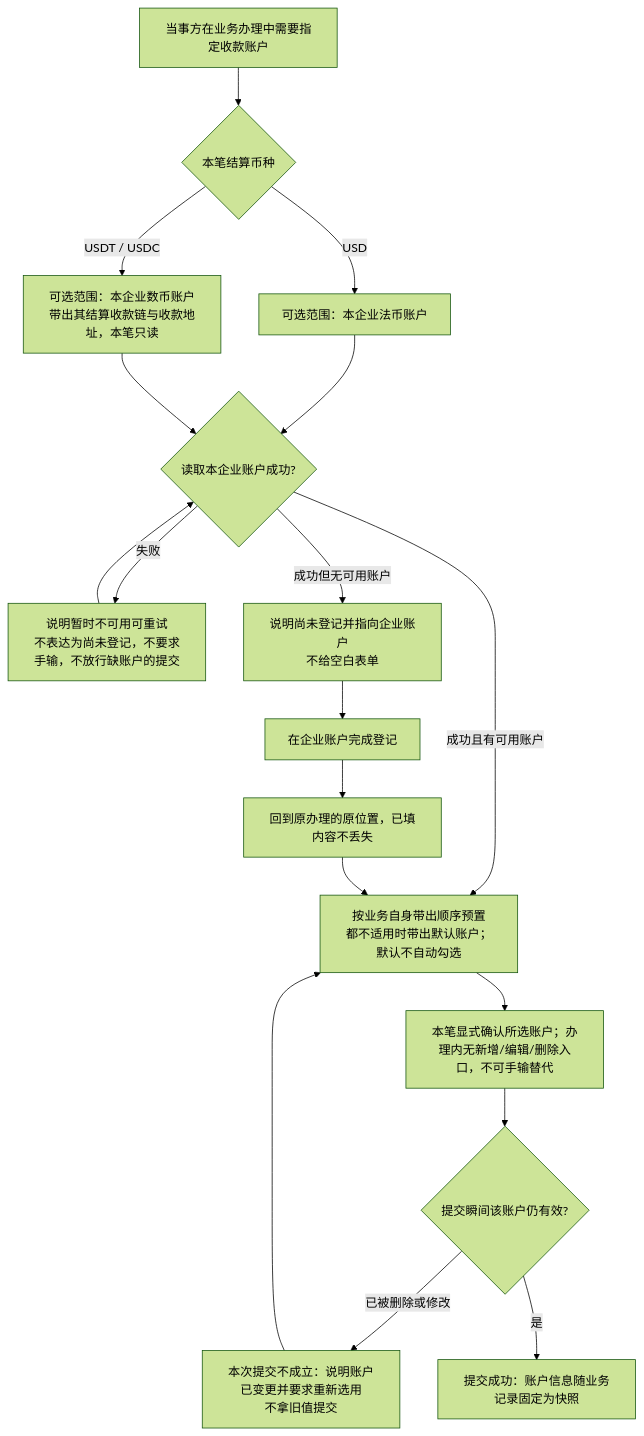
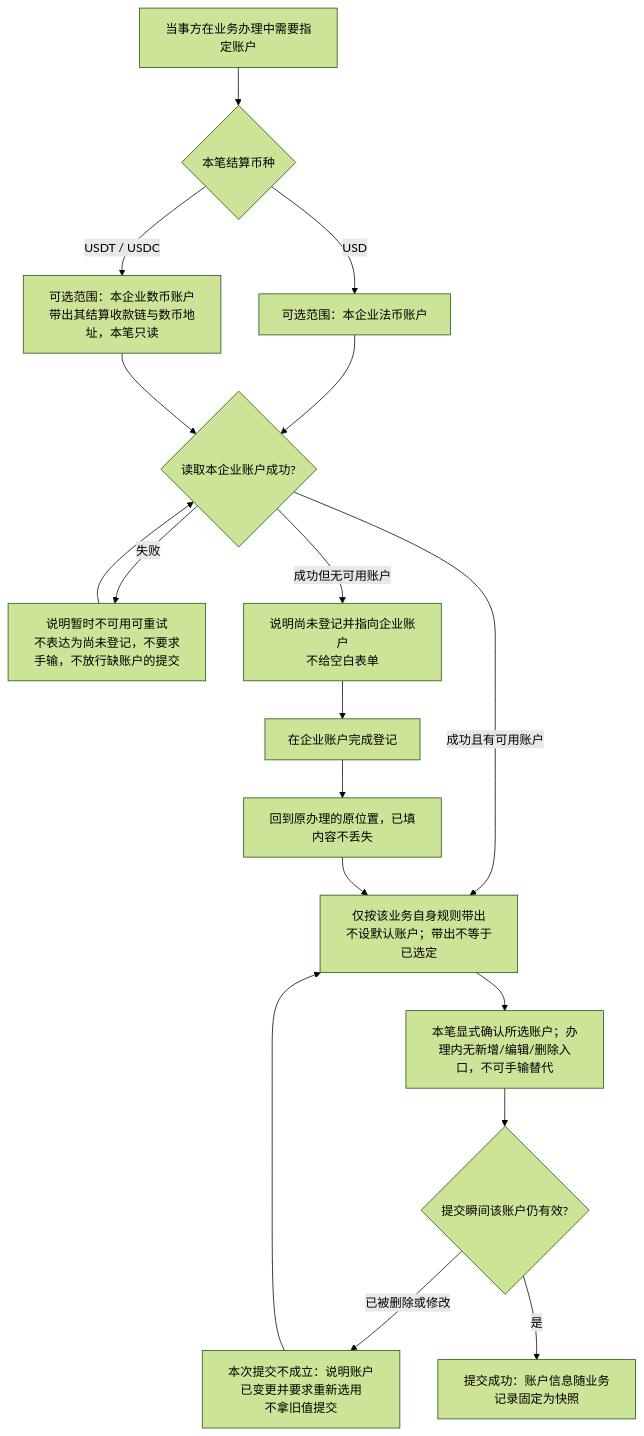
The fifth of 7 diagrams in lending-platform/PRD/面客端/03-企业账户/02-企业账户-流程图与状态机.md (wxblockchain/Chain-Financing), drawn with Mermaid (forest theme) before and after one commit. The commit also changed other lines of this file and 15 other files, not shown here.

````diff
--- a/lending-platform/PRD/面客端/03-企业账户/02-企业账户-流程图与状态机.md
+++ b/lending-platform/PRD/面客端/03-企业账户/02-企业账户-流程图与状态机.md
@@ -123,20 +120,20 @@
 ```mermaid
 flowchart TD
-    A[当事方在业务办理中需要指定收款账户] --> B{本笔结算币种}
+    A[当事方在业务办理中需要指定账户] --> B{本笔结算币种}
     B -->|USD| C[可选范围：本企业法币账户]
-    B -->|USDT / USDC| D[可选范围：本企业数币账户<br/>带出其结算收款链与收款地址，本笔只读]
+    B -->|USDT / USDC| D[可选范围：本企业数币账户<br/>带出其结算收款链与数币地址，本笔只读]
     C --> E{读取本企业账户成功?}
     D --> E
     E -->|失败| F[说明暂时不可用可重试<br/>不表达为尚未登记，不要求手输，不放行缺账户的提交]
     F --> E
     E -->|成功但无可用账户| G[说明尚未登记并指向企业账户<br/>不给空白表单]
     G --> H[在企业账户完成登记]
     H --> I[回到原办理的原位置，已填内容不丢失]
-    E -->|成功且有可用账户| J[按业务自身带出顺序预置<br/>都不适用时带出默认账户；默认不自动勾选]
+    E -->|成功且有可用账户| J[仅按该业务自身规则带出<br/>不设默认账户；带出不等于已选定]
     I --> J
     J --> K[本笔显式确认所选账户；办理内无新增/编辑/删除入口，不可手输替代]
     K --> L{提交瞬间该账户仍有效?}
     L -->|已被删除或修改| M[本次提交不成立：说明账户已变更并要求重新选用<br/>不拿旧值提交]
     M --> J
     L -->|是| N[提交成功：账户信息随业务记录固定为快照]
 ```
````
